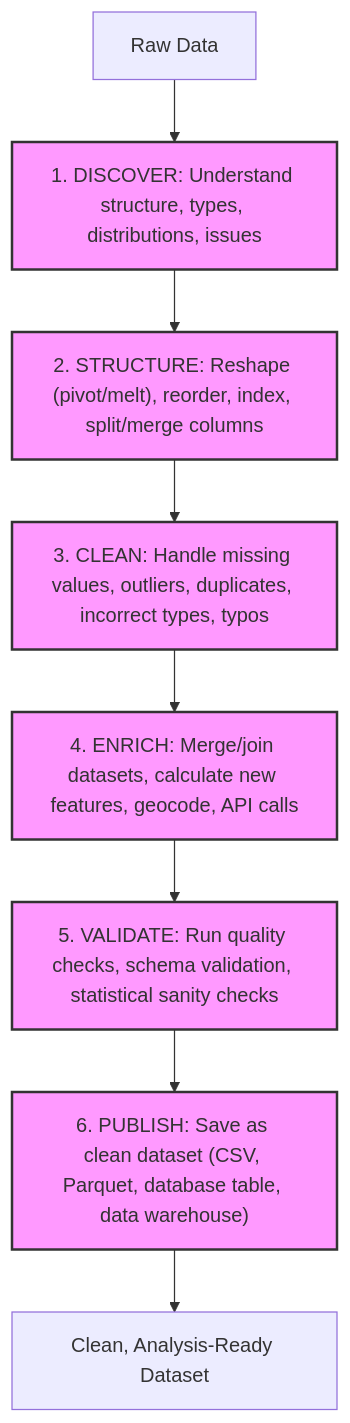
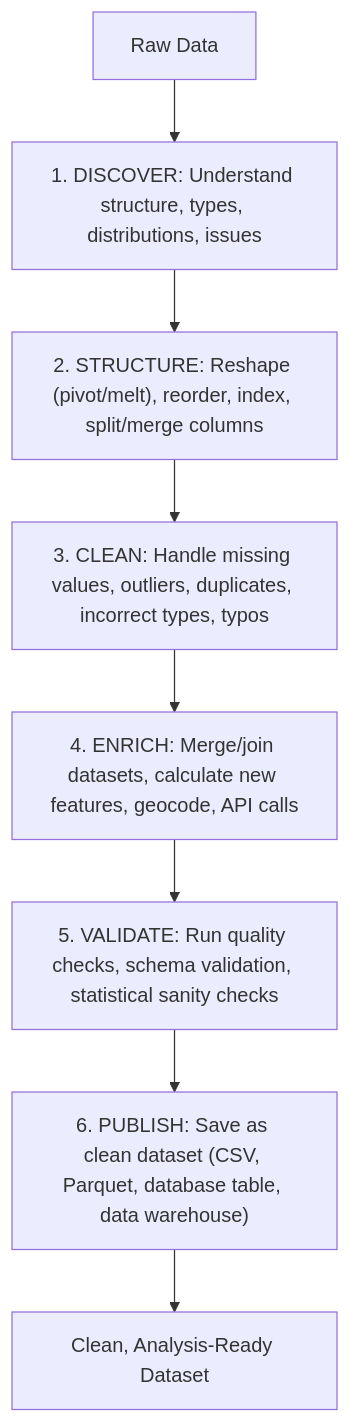
Before and after one commit to amantaya/Data-Wrangling-Guest-Lecture: the diagram in README.md, drawn with Mermaid.

Commit message:
docs: remove styling from flowchart nodes for simplicity

````diff
--- a/README.md
+++ b/README.md
@@ -15,14 +15,10 @@
 ```mermaid
 flowchart TD
     A["Raw Data"] --> B["1. DISCOVER: Understand structure, types, distributions, issues"]
     B --> C["2. STRUCTURE: Reshape (pivot/melt), reorder, index, split/merge columns"]
     C --> D["3. CLEAN: Handle missing values, outliers, duplicates, incorrect types, typos"]
     D --> E["4. ENRICH: Merge/join datasets, calculate new features, geocode, API calls"]
     E --> F["5. VALIDATE: Run quality checks, schema validation, statistical sanity checks"]
     F --> G["6. PUBLISH: Save as clean dataset (CSV, Parquet, database table, data warehouse)"]
     G --> H["Clean, Analysis-Ready Dataset"]
-
-    %% Style nodes
-    classDef desc fill:#f9f,stroke:#333,stroke-width:2px;
-    class B,C,D,E,F,G desc;
 ```
````
